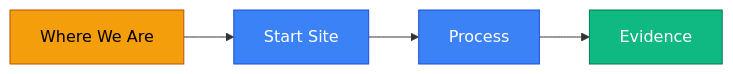
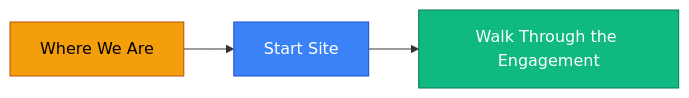
Before and after one commit to DataArt/adlc-discovery-tool: the first of 2 diagrams in docs/AI SDLC/01 Engagement/07 Contribution/06 Quick Walkthrough.md, drawn with Mermaid. The commit also changed other lines of this file and 45 other files, not shown here.

````diff
--- a/docs/AI SDLC/01 Engagement/07 Contribution/06 Quick Walkthrough.md
+++ b/docs/AI SDLC/01 Engagement/07 Contribution/06 Quick Walkthrough.md
@@ -9,12 +9,12 @@
 ```mermaid
 flowchart LR
-    STATUS["Where We Are"] --> SITE["Start Site"] --> PROCESS["Process"] --> EVIDENCE["Evidence"]
+    STATUS["Where We Are"] --> SITE["Start Site"] --> PROCESS["Walk Through the Engagement"]
 
     classDef current fill:#F59E0B,stroke:#B45309,color:#000
     classDef step fill:#3B82F6,stroke:#1D4ED8,color:#fff
     classDef outcome fill:#10B981,stroke:#047857,color:#fff
 
     class STATUS current
-    class SITE,PROCESS step
-    class EVIDENCE outcome
+    class SITE step
+    class PROCESS outcome
 ```
````
